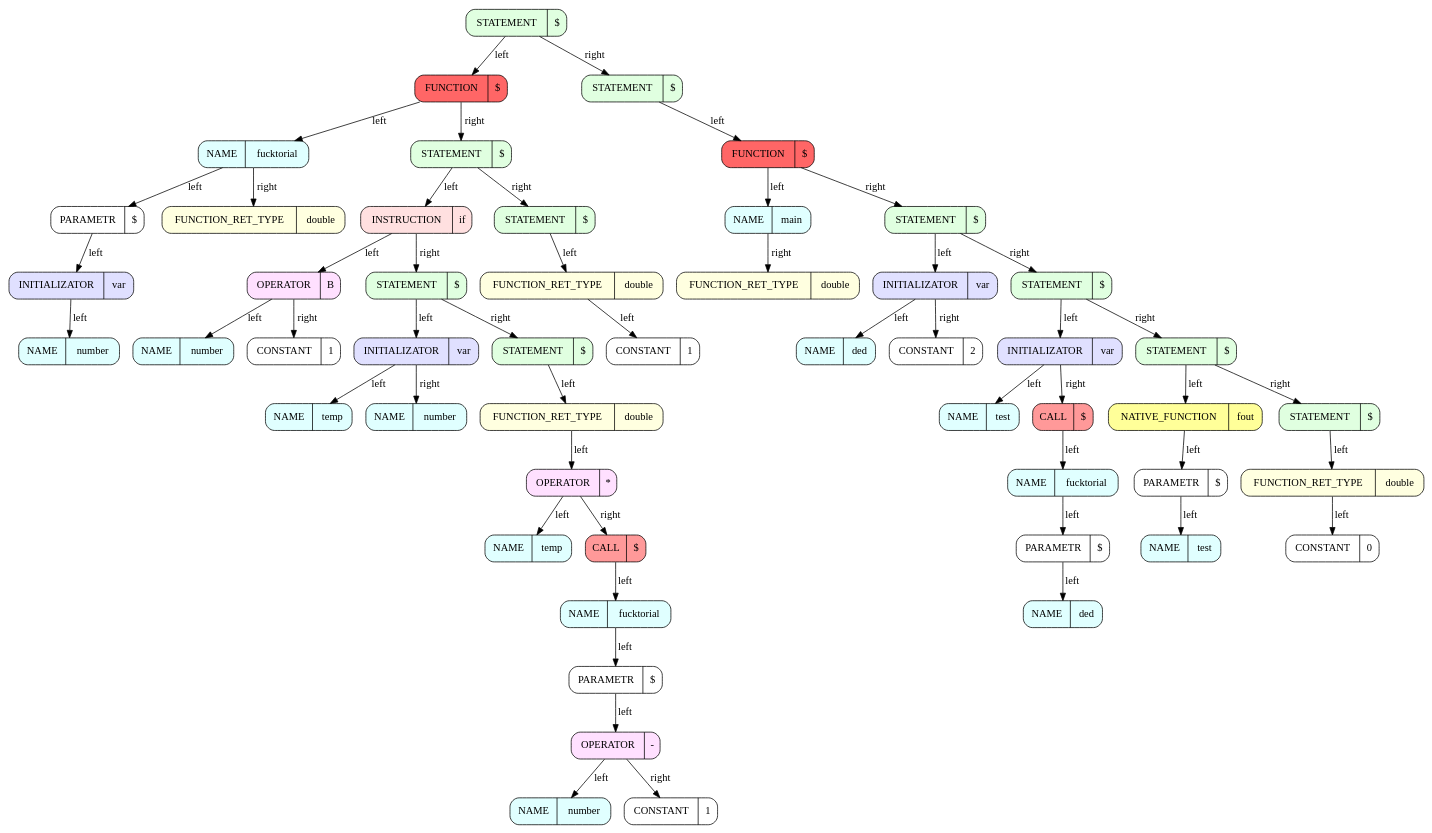
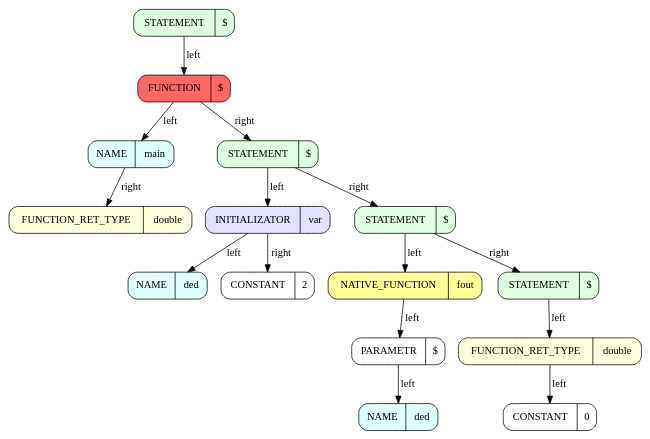
One commit to ArsenySamoylov/Asm changed the diagram in x86BackEnd/BackEnd/graphics/dot/kek_back_End.dot. Above: the diagram before and after it, drawn with Graphviz. The commit also changed 18 other files, not shown here.

```diff
--- a/x86BackEnd/BackEnd/graphics/dot/kek_back_End.dot
+++ b/x86BackEnd/BackEnd/graphics/dot/kek_back_End.dot
@@ -1,108 +1,36 @@
 ########################################################### SetDot
 digraph 
 {
 rankdir = TB # RANKDIR
-		node_0x558d62630bf0 [style = filled, fillcolor = "#E0FFE0", shape = Mrecord label =  "STATEMENT | {$}"]
-		node_0x558d62630c28 [style = filled, fillcolor = "#FF6666", shape = Mrecord label =  "FUNCTION | {$}"]
-		node_0x558d62630c60 [style = filled, fillcolor = "#E0FFFF", shape = Mrecord label =  "NAME | {fucktorial}"]
-		node_0x558d62630c98 [style = filled, fillcolor = "#FFFFFF", shape = Mrecord label =  "PARAMETR | {$}"]
-		node_0x558d62630cd0 [style = filled, fillcolor = "#E0E0FF", shape = Mrecord label =  "INITIALIZATOR | {var}"]
-		node_0x558d62630d08 [style = filled, fillcolor = "#E0FFFF", shape = Mrecord label =  "NAME | {number}"]
-		node_0x558d62630cd0 -> node_0x558d62630d08 [label = "left"]
-		node_0x558d62630c98 -> node_0x558d62630cd0 [label = "left"]
-		node_0x558d62630c60 -> node_0x558d62630c98 [label = "left"]
-		node_0x558d62630d40 [style = filled, fillcolor = "#FFFFE0", shape = Mrecord label =  "FUNCTION_RET_TYPE | {double}"]
-		node_0x558d62630c60 -> node_0x558d62630d40 [label = "right"]
-		node_0x558d62630c28 -> node_0x558d62630c60 [label = "left"]
-		node_0x558d62630d78 [style = filled, fillcolor = "#E0FFE0", shape = Mrecord label =  "STATEMENT | {$}"]
-		node_0x558d62630db0 [style = filled, fillcolor = "#FFE0E0", shape = Mrecord label =  "INSTRUCTION | {if}"]
-		node_0x558d62630de8 [style = filled, fillcolor = "#FFE0FF", shape = Mrecord label =  "OPERATOR | {B}"]
-		node_0x558d62630e20 [style = filled, fillcolor = "#E0FFFF", shape = Mrecord label =  "NAME | {number}"]
-		node_0x558d62630de8 -> node_0x558d62630e20 [label = "left"]
-		node_0x558d62630e58 [style = filled, fillcolor = "#FFFFFF", shape = Mrecord label =  "CONSTANT | {1}"]
-		node_0x558d62630de8 -> node_0x558d62630e58 [label = "right"]
-		node_0x558d62630db0 -> node_0x558d62630de8 [label = "left"]
-		node_0x558d62630e90 [style = filled, fillcolor = "#E0FFE0", shape = Mrecord label =  "STATEMENT | {$}"]
-		node_0x558d62630ec8 [style = filled, fillcolor = "#E0E0FF", shape = Mrecord label =  "INITIALIZATOR | {var}"]
-		node_0x558d62630f00 [style = filled, fillcolor = "#E0FFFF", shape = Mrecord label =  "NAME | {temp}"]
-		node_0x558d62630ec8 -> node_0x558d62630f00 [label = "left"]
-		node_0x558d62630f38 [style = filled, fillcolor = "#E0FFFF", shape = Mrecord label =  "NAME | {number}"]
-		node_0x558d62630ec8 -> node_0x558d62630f38 [label = "right"]
-		node_0x558d62630e90 -> node_0x558d62630ec8 [label = "left"]
-		node_0x558d62630f70 [style = filled, fillcolor = "#E0FFE0", shape = Mrecord label =  "STATEMENT | {$}"]
-		node_0x558d62630fa8 [style = filled, fillcolor = "#FFFFE0", shape = Mrecord label =  "FUNCTION_RET_TYPE | {double}"]
-		node_0x558d62630fe0 [style = filled, fillcolor = "#FFE0FF", shape = Mrecord label =  "OPERATOR | {*}"]
-		node_0x558d62631018 [style = filled, fillcolor = "#E0FFFF", shape = Mrecord label =  "NAME | {temp}"]
-		node_0x558d62630fe0 -> node_0x558d62631018 [label = "left"]
-		node_0x558d62631050 [style = filled, fillcolor = "#FF9999", shape = Mrecord label =  "CALL | {$}"]
-		node_0x558d62631088 [style = filled, fillcolor = "#E0FFFF", shape = Mrecord label =  "NAME | {fucktorial}"]
-		node_0x558d626310c0 [style = filled, fillcolor = "#FFFFFF", shape = Mrecord label =  "PARAMETR | {$}"]
-		node_0x558d626310f8 [style = filled, fillcolor = "#FFE0FF", shape = Mrecord label =  "OPERATOR | {-}"]
-		node_0x558d62631130 [style = filled, fillcolor = "#E0FFFF", shape = Mrecord label =  "NAME | {number}"]
-		node_0x558d626310f8 -> node_0x558d62631130 [label = "left"]
-		node_0x558d62631168 [style = filled, fillcolor = "#FFFFFF", shape = Mrecord label =  "CONSTANT | {1}"]
-		node_0x558d626310f8 -> node_0x558d62631168 [label = "right"]
-		node_0x558d626310c0 -> node_0x558d626310f8 [label = "left"]
-		node_0x558d62631088 -> node_0x558d626310c0 [label = "left"]
-		node_0x558d62631050 -> node_0x558d62631088 [label = "left"]
-		node_0x558d62630fe0 -> node_0x558d62631050 [label = "right"]
-		node_0x558d62630fa8 -> node_0x558d62630fe0 [label = "left"]
-		node_0x558d62630f70 -> node_0x558d62630fa8 [label = "left"]
-		node_0x558d62630e90 -> node_0x558d62630f70 [label = "right"]
-		node_0x558d62630db0 -> node_0x558d62630e90 [label = "right"]
-		node_0x558d62630d78 -> node_0x558d62630db0 [label = "left"]
-		node_0x558d626311a0 [style = filled, fillcolor = "#E0FFE0", shape = Mrecord label =  "STATEMENT | {$}"]
-		node_0x558d626311d8 [style = filled, fillcolor = "#FFFFE0", shape = Mrecord label =  "FUNCTION_RET_TYPE | {double}"]
-		node_0x558d62631210 [style = filled, fillcolor = "#FFFFFF", shape = Mrecord label =  "CONSTANT | {1}"]
-		node_0x558d626311d8 -> node_0x558d62631210 [label = "left"]
-		node_0x558d626311a0 -> node_0x558d626311d8 [label = "left"]
-		node_0x558d62630d78 -> node_0x558d626311a0 [label = "right"]
-		node_0x558d62630c28 -> node_0x558d62630d78 [label = "right"]
-		node_0x558d62630bf0 -> node_0x558d62630c28 [label = "left"]
-		node_0x558d62631248 [style = filled, fillcolor = "#E0FFE0", shape = Mrecord label =  "STATEMENT | {$}"]
-		node_0x558d62631280 [style = filled, fillcolor = "#FF6666", shape = Mrecord label =  "FUNCTION | {$}"]
-		node_0x558d626312b8 [style = filled, fillcolor = "#E0FFFF", shape = Mrecord label =  "NAME | {main}"]
-		node_0x558d626312f0 [style = filled, fillcolor = "#FFFFE0", shape = Mrecord label =  "FUNCTION_RET_TYPE | {double}"]
-		node_0x558d626312b8 -> node_0x558d626312f0 [label = "right"]
-		node_0x558d62631280 -> node_0x558d626312b8 [label = "left"]
-		node_0x558d62631328 [style = filled, fillcolor = "#E0FFE0", shape = Mrecord label =  "STATEMENT | {$}"]
-		node_0x558d62631360 [style = filled, fillcolor = "#E0E0FF", shape = Mrecord label =  "INITIALIZATOR | {var}"]
-		node_0x558d62631398 [style = filled, fillcolor = "#E0FFFF", shape = Mrecord label =  "NAME | {ded}"]
-		node_0x558d62631360 -> node_0x558d62631398 [label = "left"]
-		node_0x558d626313d0 [style = filled, fillcolor = "#FFFFFF", shape = Mrecord label =  "CONSTANT | {2}"]
-		node_0x558d62631360 -> node_0x558d626313d0 [label = "right"]
-		node_0x558d62631328 -> node_0x558d62631360 [label = "left"]
-		node_0x558d62631408 [style = filled, fillcolor = "#E0FFE0", shape = Mrecord label =  "STATEMENT | {$}"]
-		node_0x558d62631440 [style = filled, fillcolor = "#E0E0FF", shape = Mrecord label =  "INITIALIZATOR | {var}"]
-		node_0x558d62631478 [style = filled, fillcolor = "#E0FFFF", shape = Mrecord label =  "NAME | {test}"]
-		node_0x558d62631440 -> node_0x558d62631478 [label = "left"]
-		node_0x558d626314b0 [style = filled, fillcolor = "#FF9999", shape = Mrecord label =  "CALL | {$}"]
-		node_0x558d626314e8 [style = filled, fillcolor = "#E0FFFF", shape = Mrecord label =  "NAME | {fucktorial}"]
-		node_0x558d62631520 [style = filled, fillcolor = "#FFFFFF", shape = Mrecord label =  "PARAMETR | {$}"]
-		node_0x558d62631558 [style = filled, fillcolor = "#E0FFFF", shape = Mrecord label =  "NAME | {ded}"]
-		node_0x558d62631520 -> node_0x558d62631558 [label = "left"]
-		node_0x558d626314e8 -> node_0x558d62631520 [label = "left"]
-		node_0x558d626314b0 -> node_0x558d626314e8 [label = "left"]
-		node_0x558d62631440 -> node_0x558d626314b0 [label = "right"]
-		node_0x558d62631408 -> node_0x558d62631440 [label = "left"]
-		node_0x558d62631590 [style = filled, fillcolor = "#E0FFE0", shape = Mrecord label =  "STATEMENT | {$}"]
-		node_0x558d626315c8 [style = filled, fillcolor = "#FFFF99", shape = Mrecord label =  "NATIVE_FUNCTION | {fout}"]
-		node_0x558d62631600 [style = filled, fillcolor = "#FFFFFF", shape = Mrecord label =  "PARAMETR | {$}"]
-		node_0x558d62631638 [style = filled, fillcolor = "#E0FFFF", shape = Mrecord label =  "NAME | {test}"]
-		node_0x558d62631600 -> node_0x558d62631638 [label = "left"]
-		node_0x558d626315c8 -> node_0x558d62631600 [label = "left"]
-		node_0x558d62631590 -> node_0x558d626315c8 [label = "left"]
-		node_0x558d62631670 [style = filled, fillcolor = "#E0FFE0", shape = Mrecord label =  "STATEMENT | {$}"]
-		node_0x558d626316a8 [style = filled, fillcolor = "#FFFFE0", shape = Mrecord label =  "FUNCTION_RET_TYPE | {double}"]
-		node_0x558d626316e0 [style = filled, fillcolor = "#FFFFFF", shape = Mrecord label =  "CONSTANT | {0}"]
-		node_0x558d626316a8 -> node_0x558d626316e0 [label = "left"]
-		node_0x558d62631670 -> node_0x558d626316a8 [label = "left"]
-		node_0x558d62631590 -> node_0x558d62631670 [label = "right"]
-		node_0x558d62631408 -> node_0x558d62631590 [label = "right"]
-		node_0x558d62631328 -> node_0x558d62631408 [label = "right"]
-		node_0x558d62631280 -> node_0x558d62631328 [label = "right"]
-		node_0x558d62631248 -> node_0x558d62631280 [label = "left"]
-		node_0x558d62630bf0 -> node_0x558d62631248 [label = "right"]
+		node_0x61a000000080 [style = filled, fillcolor = "#E0FFE0", shape = Mrecord label =  "STATEMENT | {$}"]
+		node_0x61a0000000b8 [style = filled, fillcolor = "#FF6666", shape = Mrecord label =  "FUNCTION | {$}"]
+		node_0x61a0000000f0 [style = filled, fillcolor = "#E0FFFF", shape = Mrecord label =  "NAME | {main}"]
+		node_0x61a000000128 [style = filled, fillcolor = "#FFFFE0", shape = Mrecord label =  "FUNCTION_RET_TYPE | {double}"]
+		node_0x61a0000000f0 -> node_0x61a000000128 [label = "right"]
+		node_0x61a0000000b8 -> node_0x61a0000000f0 [label = "left"]
+		node_0x61a000000160 [style = filled, fillcolor = "#E0FFE0", shape = Mrecord label =  "STATEMENT | {$}"]
+		node_0x61a000000198 [style = filled, fillcolor = "#E0E0FF", shape = Mrecord label =  "INITIALIZATOR | {var}"]
+		node_0x61a0000001d0 [style = filled, fillcolor = "#E0FFFF", shape = Mrecord label =  "NAME | {ded}"]
+		node_0x61a000000198 -> node_0x61a0000001d0 [label = "left"]
+		node_0x61a000000208 [style = filled, fillcolor = "#FFFFFF", shape = Mrecord label =  "CONSTANT | {2}"]
+		node_0x61a000000198 -> node_0x61a000000208 [label = "right"]
+		node_0x61a000000160 -> node_0x61a000000198 [label = "left"]
+		node_0x61a000000240 [style = filled, fillcolor = "#E0FFE0", shape = Mrecord label =  "STATEMENT | {$}"]
+		node_0x61a000000278 [style = filled, fillcolor = "#FFFF99", shape = Mrecord label =  "NATIVE_FUNCTION | {fout}"]
+		node_0x61a0000002b0 [style = filled, fillcolor = "#FFFFFF", shape = Mrecord label =  "PARAMETR | {$}"]
+		node_0x61a0000002e8 [style = filled, fillcolor = "#E0FFFF", shape = Mrecord label =  "NAME | {ded}"]
+		node_0x61a0000002b0 -> node_0x61a0000002e8 [label = "left"]
+		node_0x61a000000278 -> node_0x61a0000002b0 [label = "left"]
+		node_0x61a000000240 -> node_0x61a000000278 [label = "left"]
+		node_0x61a000000320 [style = filled, fillcolor = "#E0FFE0", shape = Mrecord label =  "STATEMENT | {$}"]
+		node_0x61a000000358 [style = filled, fillcolor = "#FFFFE0", shape = Mrecord label =  "FUNCTION_RET_TYPE | {double}"]
+		node_0x61a000000390 [style = filled, fillcolor = "#FFFFFF", shape = Mrecord label =  "CONSTANT | {0}"]
+		node_0x61a000000358 -> node_0x61a000000390 [label = "left"]
+		node_0x61a000000320 -> node_0x61a000000358 [label = "left"]
+		node_0x61a000000240 -> node_0x61a000000320 [label = "right"]
+		node_0x61a000000160 -> node_0x61a000000240 [label = "right"]
+		node_0x61a0000000b8 -> node_0x61a000000160 [label = "right"]
+		node_0x61a000000080 -> node_0x61a0000000b8 [label = "left"]
 ########################################################### SetEndDot
 
 }
```
